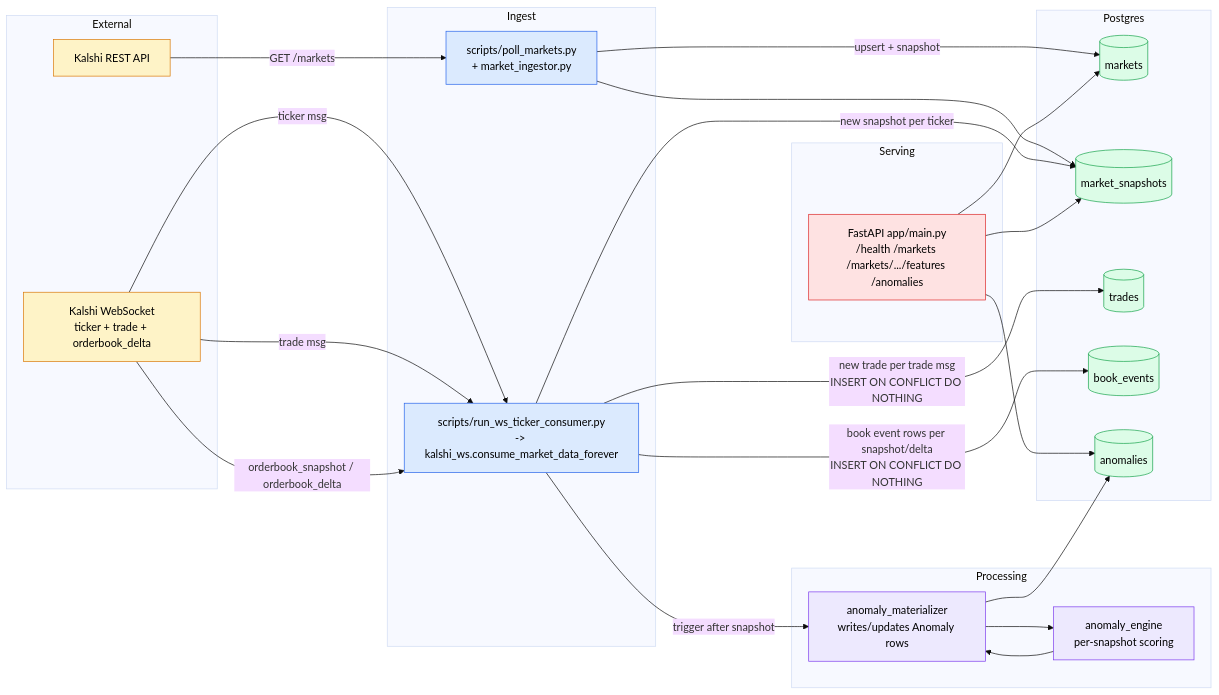
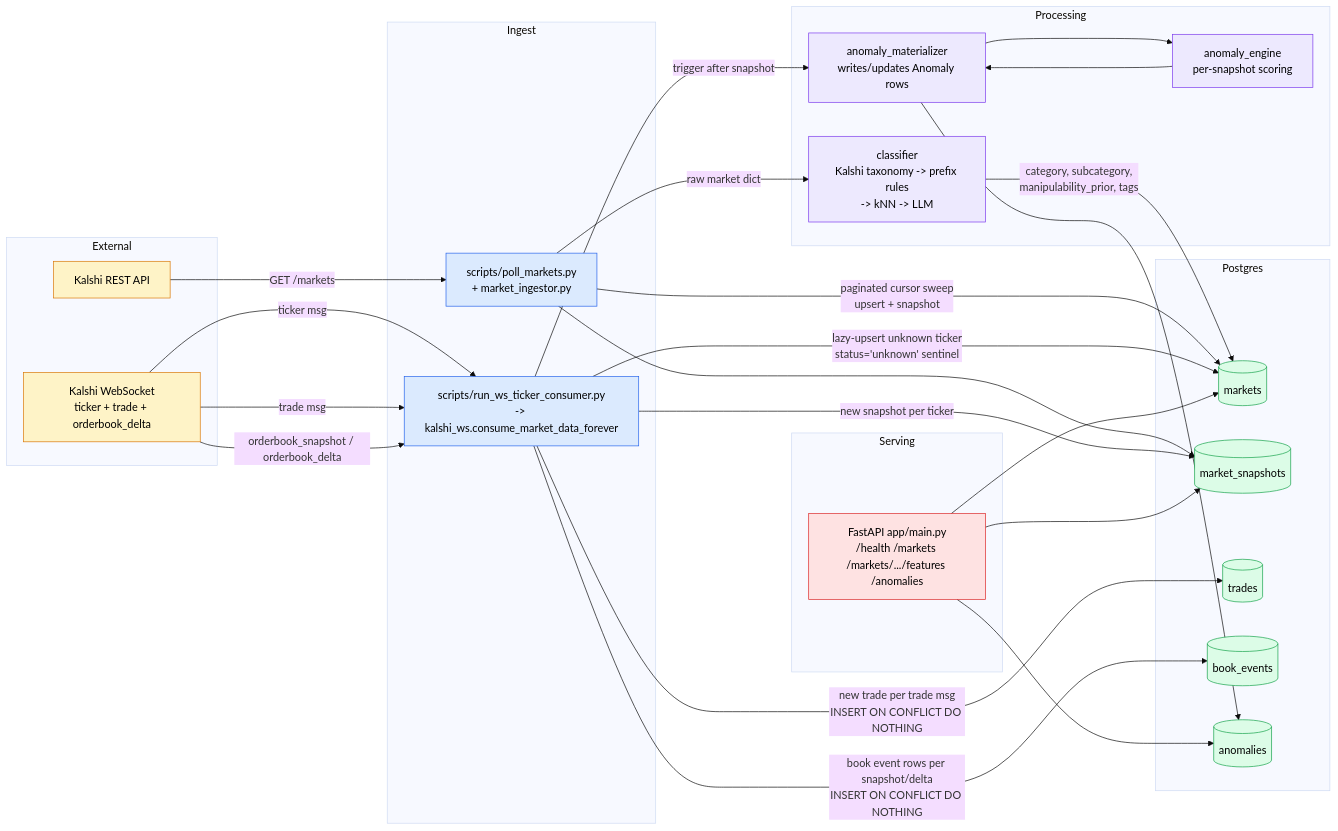
One commit to hong-david/predictionmarkets changed the diagram in README.md. Above: the diagram before and after it, drawn with Mermaid (base theme). The commit also changed other lines of this file and 29 other files, not shown here.

First line of the commit message:
Add classifier, retention policy, dashboard, and lazy-upsert hydration

````diff
--- a/README.md
+++ b/README.md
@@ -39,60 +39,64 @@
 ```mermaid
 flowchart LR
     subgraph EXTERNAL[External]
         KREST[Kalshi REST API]
         KWS[Kalshi WebSocket\nticker + trade + orderbook_delta]
     end
 
     subgraph INGEST[Ingest]
         POLLER[scripts/poll_markets.py\n+ market_ingestor.py]
         WSCONS[scripts/run_ws_ticker_consumer.py\n-> kalshi_ws.consume_market_data_forever]
     end
 
     subgraph DB[Postgres]
         TMARKETS[(markets)]
         TSNAPS[(market_snapshots)]
         TTRADES[(trades)]
         TBOOK[(book_events)]
         TANOM[(anomalies)]
     end
 
     subgraph PROC[Processing]
+        CLASSIFIER[classifier\nKalshi taxonomy -> prefix rules\n-> kNN -> LLM]
         ENGINE[anomaly_engine\nper-snapshot scoring]
         MAT[anomaly_materializer\nwrites/updates Anomaly rows]
     end
 
     subgraph SERVE[Serving]
         API[FastAPI app/main.py\n/health /markets /markets/.../features /anomalies]
     end
 
     KREST -->|GET /markets| POLLER
     KWS -->|ticker msg| WSCONS
     KWS -->|trade msg| WSCONS
     KWS -->|orderbook_snapshot / orderbook_delta| WSCONS
 
-    POLLER -->|upsert + snapshot| TMARKETS
+    POLLER -->|paginated cursor sweep\nupsert + snapshot| TMARKETS
     POLLER --> TSNAPS
+    POLLER -->|raw market dict| CLASSIFIER
+    CLASSIFIER -->|category, subcategory,\nmanipulability_prior, tags| TMARKETS
+    WSCONS -->|lazy-upsert unknown ticker\nstatus='unknown' sentinel| TMARKETS
     WSCONS -->|new snapshot per ticker| TSNAPS
     WSCONS -->|new trade per trade msg\nINSERT ON CONFLICT DO NOTHING| TTRADES
     WSCONS -->|book event rows per snapshot/delta\nINSERT ON CONFLICT DO NOTHING| TBOOK
 
     WSCONS -->|trigger after snapshot| MAT
     MAT --> ENGINE
     ENGINE --> MAT
     MAT --> TANOM
 
     API --> TMARKETS
     API --> TSNAPS
     API --> TANOM
 
     classDef ext fill:#fef3c7,stroke:#d97706,color:#000
     classDef ing fill:#dbeafe,stroke:#2563eb,color:#000
     classDef db fill:#dcfce7,stroke:#16a34a,color:#000
     classDef proc fill:#ede9fe,stroke:#7c3aed,color:#000
     classDef api fill:#fee2e2,stroke:#dc2626,color:#000
     class KREST,KWS ext
     class POLLER,WSCONS ing
     class TMARKETS,TSNAPS,TTRADES,TBOOK,TANOM db
-    class ENGINE,MAT proc
+    class CLASSIFIER,ENGINE,MAT proc
     class API api
 ```
````
